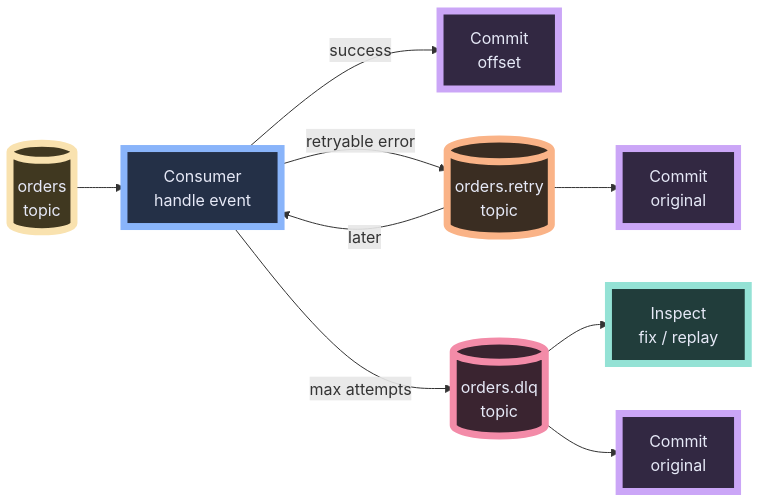
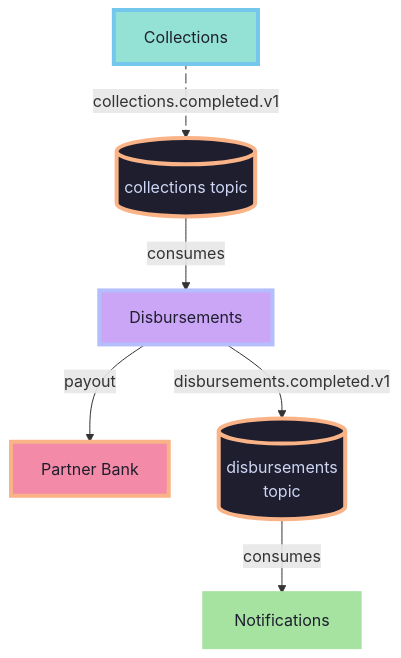
The tenth of 40 diagrams in content/slides/go-labs-eda-go-kafka/slides.md (hmajid2301/blog), drawn with Mermaid before and after one commit. The commit also changed other lines of this file and 10 other files, not shown here.

````diff
--- a/content/slides/go-labs-eda-go-kafka/slides.md
+++ b/content/slides/go-labs-eda-go-kafka/slides.md
@@ -532,33 +423,21 @@
 ```mermaid
-flowchart LR
-    ORD[("orders
-topic")] --> CON["Consumer
-handle event"]
-    CON -->|"success"| COMMIT["Commit
-offset"]
-    CON -->|"retryable error"| RETRY[("orders.retry
-topic")]
-    RETRY -->|"later"| CON
-    CON -->|"max attempts"| DLQ[("orders.dlq
-topic")]
-    DLQ --> OPS["Inspect
-fix / replay"]
-    RETRY --> RCOMMIT["Commit
-original"]
-    DLQ --> DCOMMIT["Commit
-original"]
+flowchart TD
+    E["Collections"] publish@-->|"collections.completed.v1"| T[("collections topic")]
+    T consume@-->|"consumes"| C2["Disbursements"]
+    C2 bankCall@-->|"payout"| BANK["Partner Bank"]
+    C2 publishPayout@-->|"disbursements.completed.v1"| D[("disbursements<br/>topic")]
+    D notify@-->|"consumes"| N["Notifications"]
+    publish@{ animation: slow }
 
-    classDef topic fill:#403820,stroke:#f9e2af,stroke-width:7px,color:#e6e9f7;
-    classDef consumer fill:#243047,stroke:#89b4fa,stroke-width:7px,color:#e6e9f7;
-    classDef retry fill:#3a2d22,stroke:#fab387,stroke-width:7px,color:#e6e9f7;
-    classDef dlq fill:#3a2430,stroke:#f38ba8,stroke-width:7px,color:#e6e9f7;
-    classDef commit fill:#322842,stroke:#cba6f7,stroke-width:7px,color:#e6e9f7;
-    classDef ops fill:#213d3b,stroke:#94e2d5,stroke-width:7px,color:#e6e9f7;
+    classDef topic fill:#1e1e2e,stroke:#fab387,stroke-width:4px,color:#cdd6f4;
+    classDef collections fill:#94e2d5,stroke:#74c7ec,stroke-width:4px,color:#1e1e2e;
+    classDef disbursements fill:#cba6f7,stroke:#b4befe,stroke-width:4px,color:#1e1e2e;
+    classDef bank fill:#f38ba8,stroke:#fab387,stroke-width:4px,color:#1e1e2e;
+    classDef notifications fill:#a6e3a1,stroke:#a6e3a1,stroke-width:4px,color:#1e1e2e;
 
-    class ORD topic;
-    class RETRY retry;
-    class CON consumer;
-    class DLQ dlq;
-    class COMMIT,RCOMMIT,DCOMMIT commit;
-    class OPS ops;
+    class T,D topic;
+    class E collections;
+    class C2 disbursements;
+    class BANK bank;
+    class N notifications;
 ```
````
